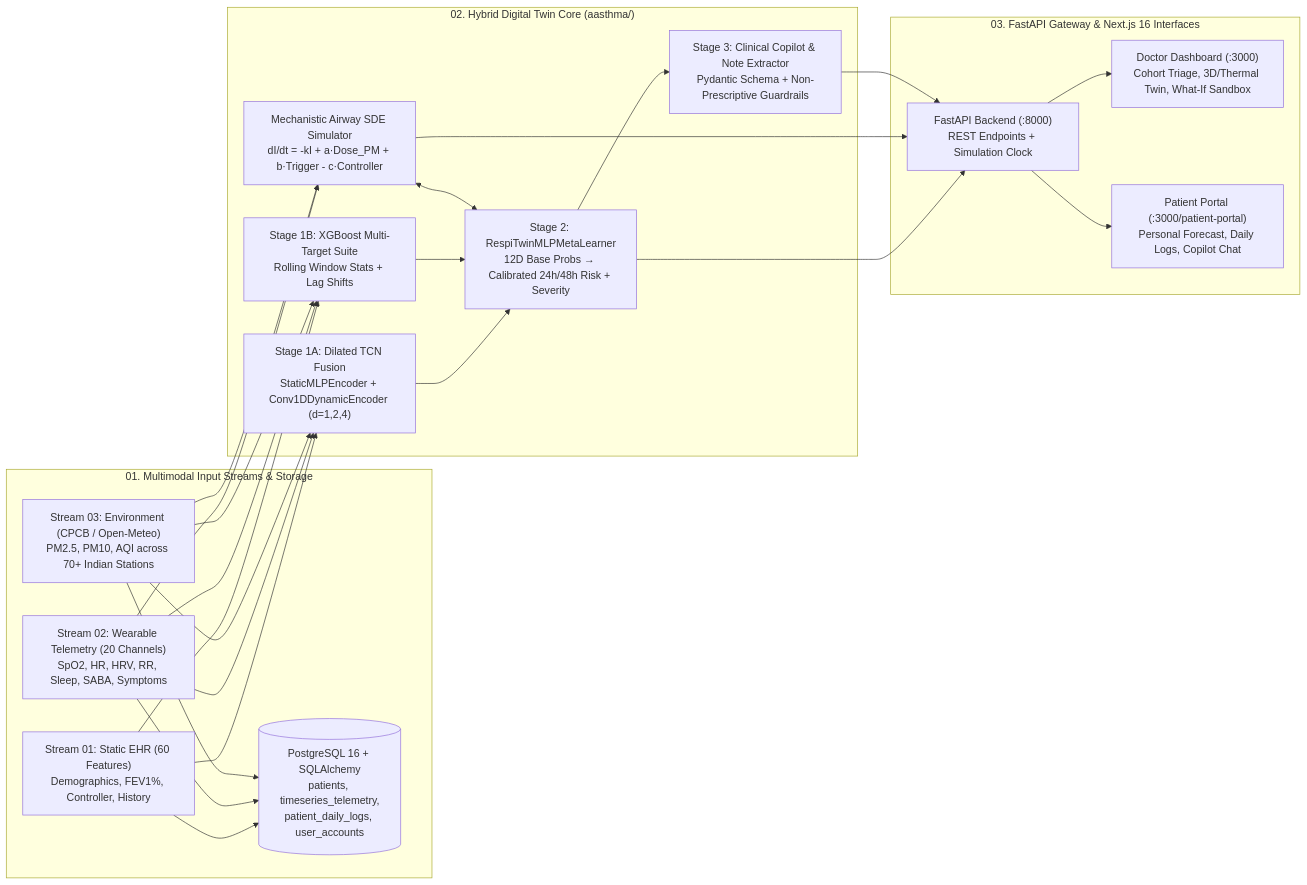
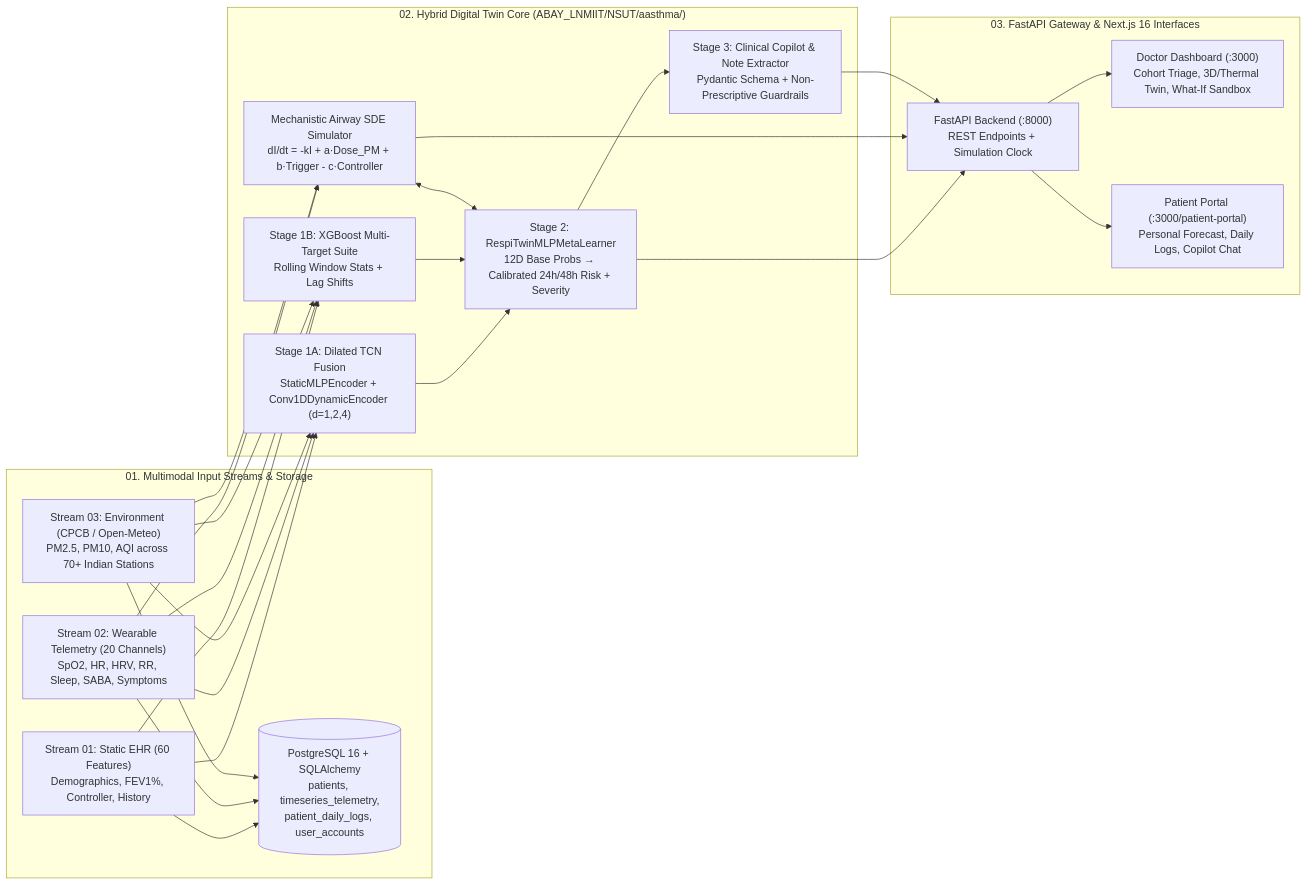
One commit to Frisbee148/BreatheTwin changed the diagram in README.md. Above: the diagram before and after it, drawn with Mermaid. The commit also changed other lines of this file and 17 other files, not shown here.

Commit message:
Fix architecture diagram rendering, repair all documentation/codebase links, and add predict endpoint

````diff
--- a/README.md
+++ b/README.md
@@ -458,32 +458,32 @@
 ```mermaid
 flowchart LR
     subgraph Streams["01. Multimodal Input Streams & Storage"]
         EHR["Stream 01: Static EHR (60 Features)<br/>Demographics, FEV1%, Controller, History"]
         WEAR["Stream 02: Wearable Telemetry (20 Channels)<br/>SpO2, HR, HRV, RR, Sleep, SABA, Symptoms"]
         AQI["Stream 03: Environment (CPCB / Open-Meteo)<br/>PM2.5, PM10, AQI across 70+ Indian Stations"]
         PG[("PostgreSQL 16 + SQLAlchemy<br/>patients, timeseries_telemetry,<br/>patient_daily_logs, user_accounts")]
     end
 
-    subgraph Core["02. Hybrid Digital Twin Core (aasthma/)"]
+    subgraph Core["02. Hybrid Digital Twin Core (ABAY_LNMIIT/NSUT/aasthma/)"]
         ODE["Mechanistic Airway SDE Simulator<br/>dI/dt = -kI + a·Dose_PM + b·Trigger - c·Controller"]
         TCN["Stage 1A: Dilated TCN Fusion<br/>StaticMLPEncoder + Conv1DDynamicEncoder (d=1,2,4)"]
         XGB["Stage 1B: XGBoost Multi-Target Suite<br/>Rolling Window Stats + Lag Shifts"]
         META["Stage 2: RespiTwinMLPMetaLearner<br/>12D Base Probs → Calibrated 24h/48h Risk + Severity"]
         LLM["Stage 3: Clinical Copilot & Note Extractor<br/>Pydantic Schema + Non-Prescriptive Guardrails"]
     end
 
     subgraph UI["03. FastAPI Gateway & Next.js 16 Interfaces"]
         API["FastAPI Backend (:8000)<br/>REST Endpoints + Simulation Clock"]
         DOC["Doctor Dashboard (:3000)<br/>Cohort Triage, 3D/Thermal Twin, What-If Sandbox"]
         PAT["Patient Portal (:3000/patient-portal)<br/>Personal Forecast, Daily Logs, Copilot Chat"]
     end
 
     EHR & WEAR & AQI --> PG
     EHR & WEAR & AQI --> TCN & XGB
     WEAR & AQI --> ODE
     TCN & XGB --> META
     ODE <--> META
     META --> LLM
     META & ODE & LLM --> API
     API --> DOC & PAT
 ```
````
